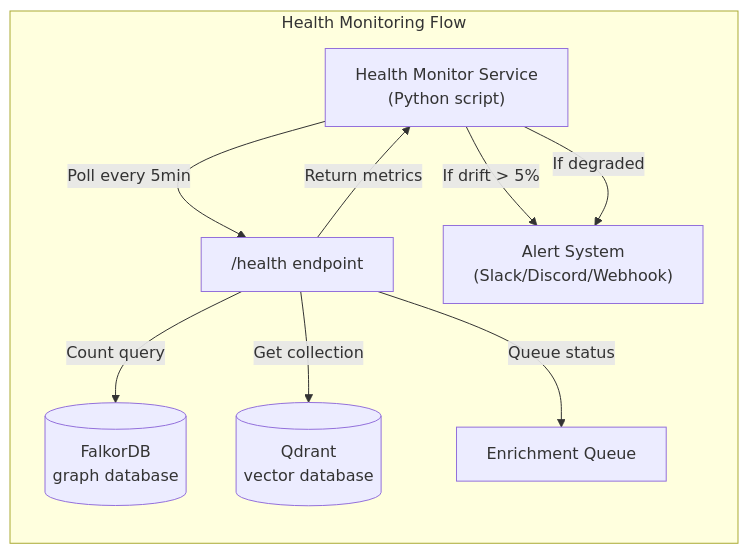
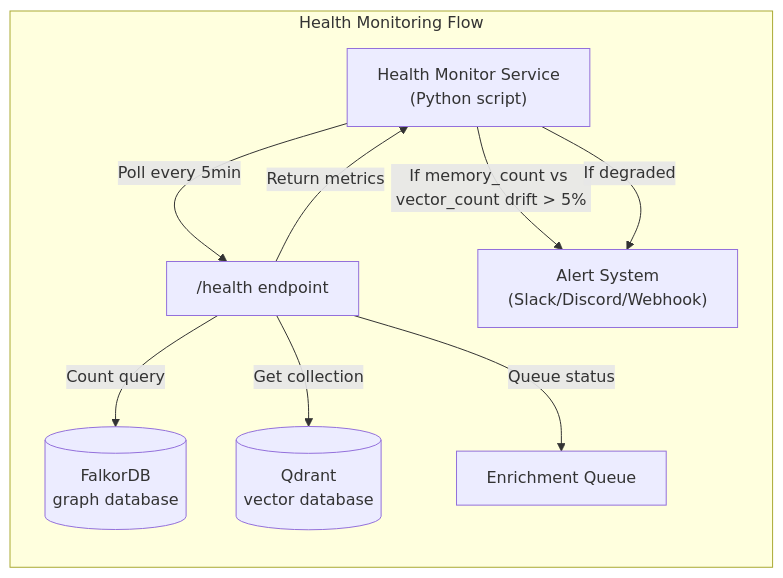
One commit to verygoodplugins/automem-website changed the fourth of 4 diagrams in src/content/docs/docs/reference/api/health.md. Above: the diagram before and after it, drawn with Mermaid. The commit also changed other lines of this file and 48 other files, not shown here.

````diff
--- a/src/content/docs/docs/reference/api/health.md
+++ b/src/content/docs/docs/reference/api/health.md
@@ -395,19 +391,19 @@
 ```mermaid
 graph LR
     subgraph "Health Monitoring Flow"
         Monitor["Health Monitor Service<br/>(Python script)"]
         Health["/health endpoint"]
         FalkorDB[("FalkorDB<br/>graph database")]
         Qdrant[("Qdrant<br/>vector database")]
         EnrichQ["Enrichment Queue"]
         Alert["Alert System<br/>(Slack/Discord/Webhook)"]
     end
 
     Monitor-->|"Poll every 5min"|Health
     Health-->|"Count query"|FalkorDB
     Health-->|"Get collection"|Qdrant
     Health-->|"Queue status"|EnrichQ
     Health-->|"Return metrics"|Monitor
-    Monitor-->|"If drift > 5%"|Alert
+    Monitor-->|"If memory_count vs vector_count drift > 5%"|Alert
     Monitor-->|"If degraded"|Alert
 ```
````
